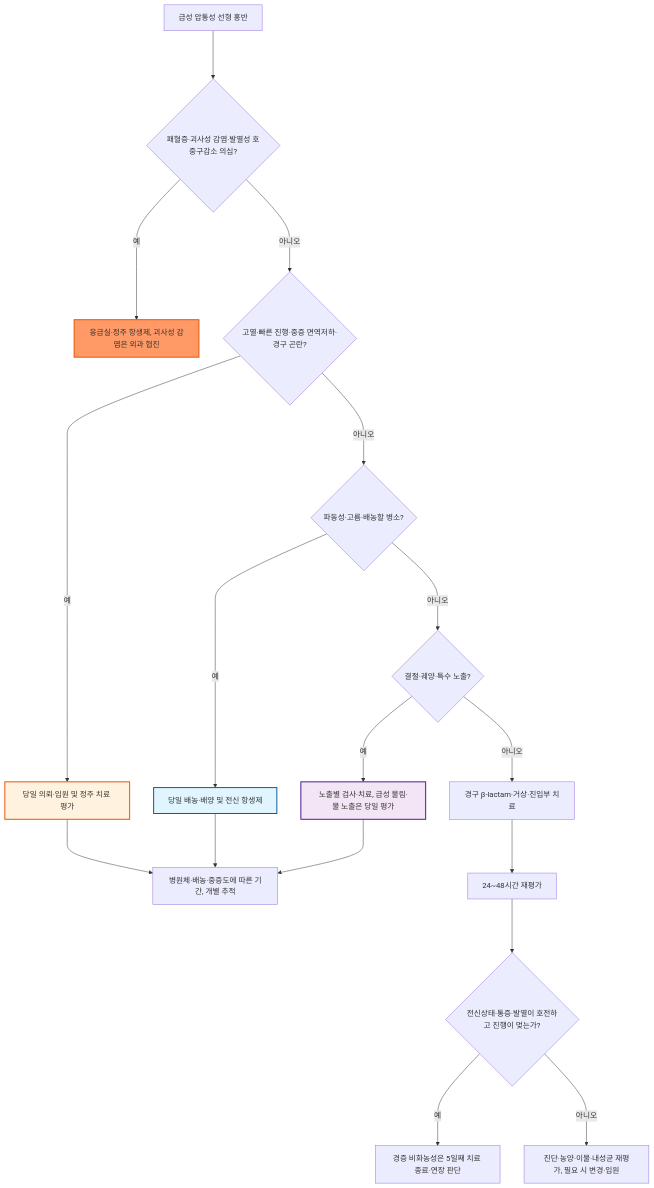
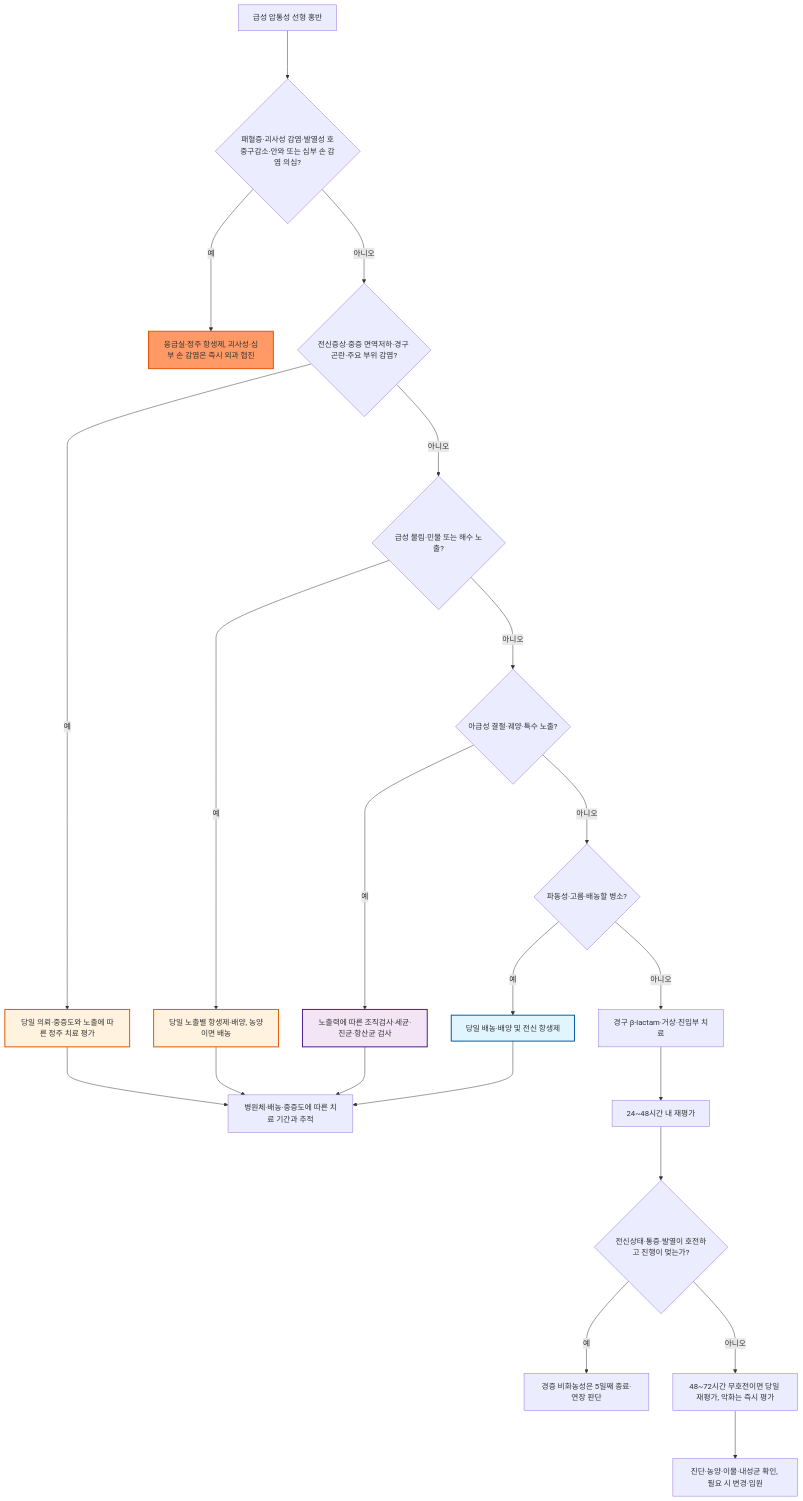
One commit to familyoh77/familyoh77 changed the diagram in 230_/201_-lymphangitis.md. Above: the diagram before and after it, drawn with Mermaid. The commit also changed other lines of this file and 11 other files, not shown here.

````diff
--- a/230_/201_-lymphangitis.md
+++ b/230_/201_-lymphangitis.md
@@ -97,23 +110,28 @@
 ```mermaid
 flowchart TD
-    A["급성 압통성 선형 홍반"] ---> B{"패혈증·괴사성 감염·발열성 호중구감소 의심?"}
-    B --->|예| C["응급실·정주 항생제, 괴사성 감염은 외과 협진"]
-    B --->|아니오| H{"고열·빠른 진행·중증 면역저하·경구 곤란?"}
-    H --->|예| I["당일 의뢰·입원 및 정주 치료 평가"]
-    H --->|아니오| D{"파동성·고름·배농할 병소?"}
+    A["급성 압통성 선형 홍반"] ---> B{"패혈증·괴사성 감염·발열성 호중구감소·안와 또는 심부 손 감염 의심?"}
+    B --->|예| C["응급실·정주 항생제, 괴사성·심부 손 감염은 즉시 외과 협진"]
+    B --->|아니오| H{"전신증상·중증 면역저하·경구 곤란·주요 부위 감염?"}
+    H --->|예| I["당일 의뢰·중증도와 노출에 따른 정주 치료 평가"]
+    H --->|아니오| X{"급성 물림·민물 또는 해수 노출?"}
+    X --->|예| Y["당일 노출별 항생제·배양, 농양이면 배농"]
+    X --->|아니오| F{"아급성 결절·궤양·특수 노출?"}
+    F --->|예| G["노출력에 따른 조직검사·세균·진균·항산균 검사"]
+    F --->|아니오| D{"파동성·고름·배농할 병소?"}
     D --->|예| E["당일 배농·배양 및 전신 항생제"]
-    D --->|아니오| F{"결절·궤양·특수 노출?"}
-    F --->|예| G["노출별 검사·치료, 급성 물림·물 노출은 당일 평가"]
-    F --->|아니오| J["경구 β-lactam·거상·진입부 치료"]
-    J ---> K["24~48시간 재평가"]
-    E ---> Q["병원체·배농·중증도에 따른 기간, 개별 추적"]
+    D --->|아니오| J["경구 β-lactam·거상·진입부 치료"]
+    J ---> K["24~48시간 내 재평가"]
+    E ---> Q["병원체·배농·중증도에 따른 치료 기간과 추적"]
     G ---> Q
     I ---> Q
+    Y ---> Q
     K ---> L{"전신상태·통증·발열이 호전하고 진행이 멎는가?"}
-    L --->|예| M["경증 비화농성은 5일째 치료 종료·연장 판단"]
-    L --->|아니오| N["진단·농양·이물·내성균 재평가, 필요 시 변경·입원"]
+    L --->|예| M["경증 비화농성은 5일째 종료·연장 판단"]
+    L --->|아니오| N["48~72시간 무호전이면 당일 재평가, 악화는 즉시 평가"]
+    N ---> O["진단·농양·이물·내성균 확인, 필요 시 변경·입원"]
     style C fill:#f96,stroke:#e65100,stroke-width:2px
     style E fill:#e1f5fe,stroke:#01579b,stroke-width:2px
     style G fill:#f3e5f5,stroke:#4a148c,stroke-width:2px
     style I fill:#fff3e0,stroke:#e65100,stroke-width:2px
+    style Y fill:#fff3e0,stroke:#e65100,stroke-width:2px
 ```
````
